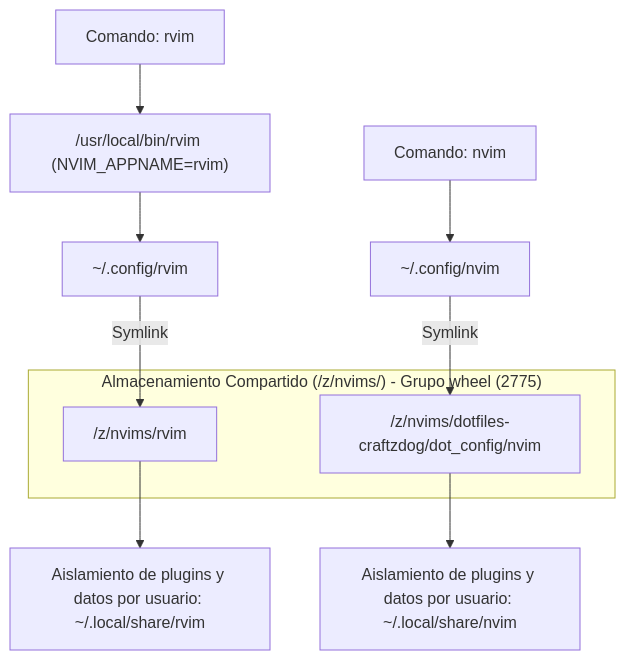
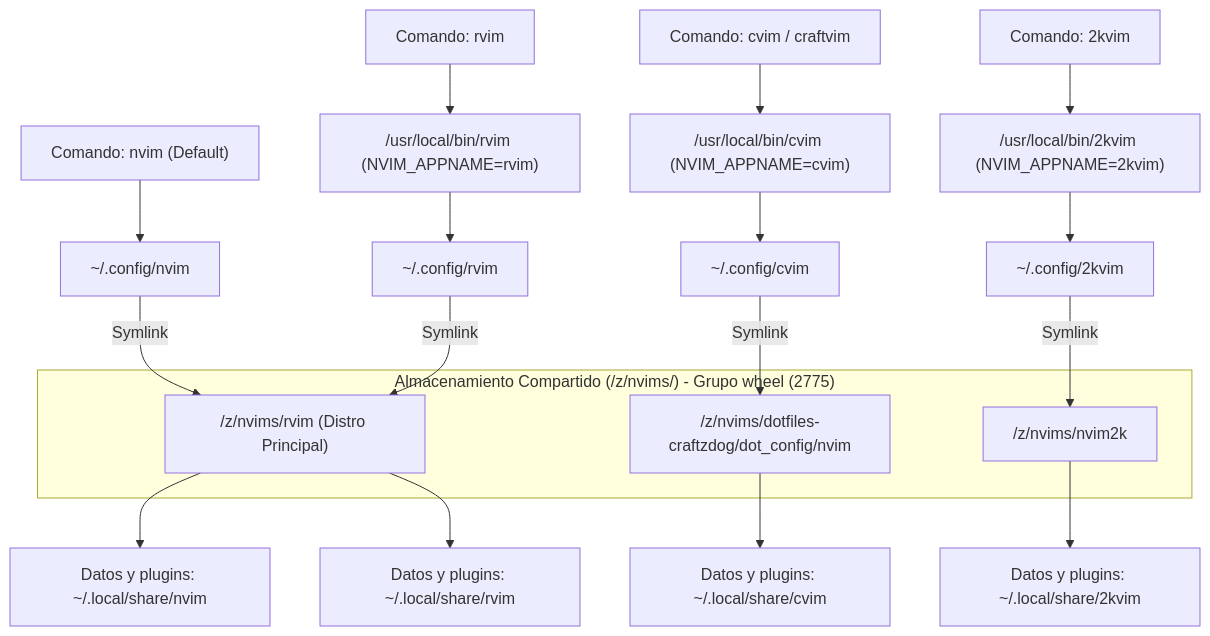
The diagram in 05 - Suite de Desarrollo Neovim/05.1 - Arquitectura Neovim Dual Compartida (z-nvims).md (robert-flo/PJ-NIRI-rf-omarchy-workstation), drawn with Mermaid before and after one commit. The commit also changed other lines of this file and 26 other files, not shown here.

First line of the commit message:
feat(neovim-forkhub): establecer rvim por defecto, suite declarativa forkhub y catalogo de CLIs

````diff
--- a/05 - Suite de Desarrollo Neovim/05.1 - Arquitectura Neovim Dual Compartida (z-nvims).md
+++ b/05 - Suite de Desarrollo Neovim/05.1 - Arquitectura Neovim Dual Compartida (z-nvims).md
@@ -30,16 +32,27 @@
 ```mermaid
 flowchart TD
     subgraph Shared["Almacenamiento Compartido (/z/nvims/) - Grupo wheel (2775)"]
+        RvimRepo["/z/nvims/rvim (Distro Principal)"]
         CraftzRepo["/z/nvims/dotfiles-craftzdog/dot_config/nvim"]
-        RvimRepo["/z/nvims/rvim"]
+        K2Repo["/z/nvims/nvim2k"]
     end
     
-    UserCmdNvim["Comando: nvim"] --> NvimConf["~/.config/nvim"]
-    NvimConf -->|Symlink| CraftzRepo
-    CraftzRepo --> StateNvim["Aislamiento de plugins y datos por usuario: ~/.local/share/nvim"]
-    
+    UserCmdNvim["Comando: nvim (Default)"] --> NvimConf["~/.config/nvim"]
+    NvimConf -->|Symlink| RvimRepo
+    RvimRepo --> StateNvim["Datos y plugins: ~/.local/share/nvim"]
+
     UserCmdRvim["Comando: rvim"] --> RvimBin["/usr/local/bin/rvim (NVIM_APPNAME=rvim)"]
     RvimBin --> RvimConf["~/.config/rvim"]
     RvimConf -->|Symlink| RvimRepo
-    RvimRepo --> StateRvim["Aislamiento de plugins y datos por usuario: ~/.local/share/rvim"]
+    RvimRepo --> StateRvim["Datos y plugins: ~/.local/share/rvim"]
+    
+    UserCmdCvim["Comando: cvim / craftvim"] --> CvimBin["/usr/local/bin/cvim (NVIM_APPNAME=cvim)"]
+    CvimBin --> CvimConf["~/.config/cvim"]
+    CvimConf -->|Symlink| CraftzRepo
+    CraftzRepo --> StateCvim["Datos y plugins: ~/.local/share/cvim"]
+
+    UserCmd2k["Comando: 2kvim"] --> K2Bin["/usr/local/bin/2kvim (NVIM_APPNAME=2kvim)"]
+    K2Bin --> K2Conf["~/.config/2kvim"]
+    K2Conf -->|Symlink| K2Repo
+    K2Repo --> State2k["Datos y plugins: ~/.local/share/2kvim"]
 ```
````
